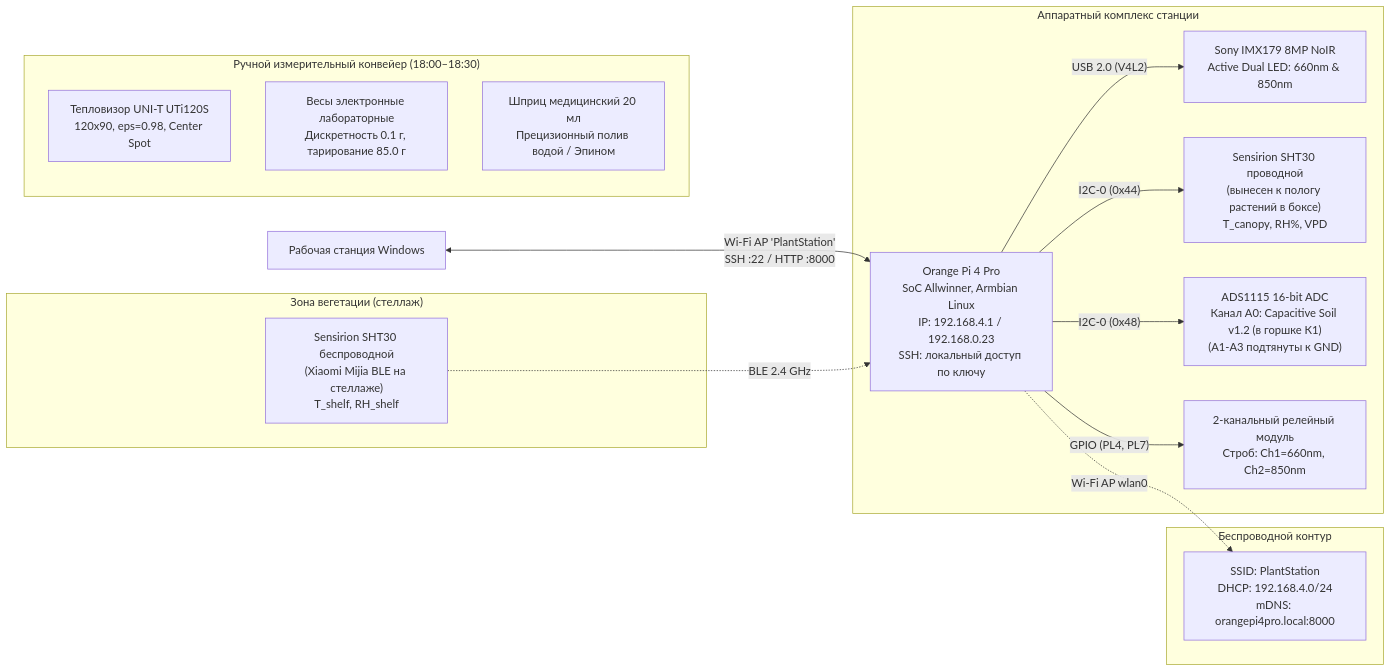
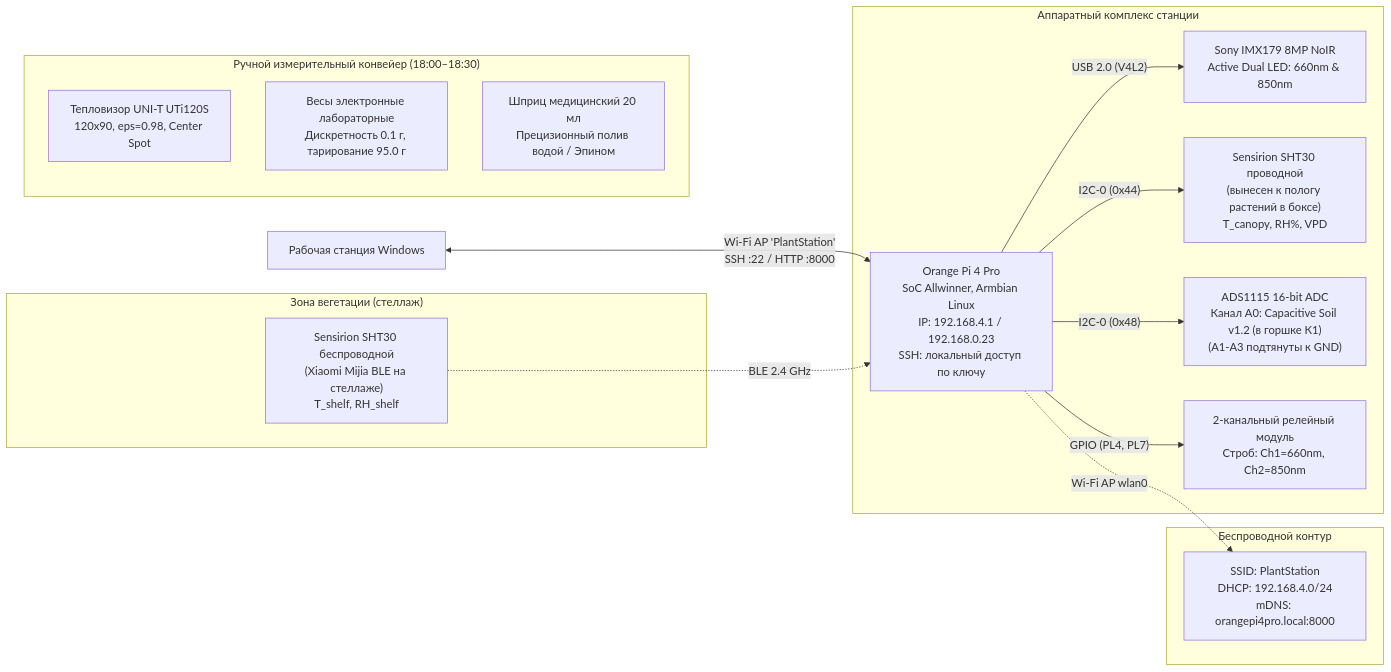
One commit to ezicvtumane/plant-stress-ndvi changed the diagram in docs/wave2/HANDOFF_WAVE2.md. Above: the diagram before and after it, drawn with Mermaid. The commit also changed other lines of this file and 19 other files, not shown here.

````diff
--- a/docs/wave2/HANDOFF_WAVE2.md
+++ b/docs/wave2/HANDOFF_WAVE2.md
@@ -48,25 +48,25 @@
 ```mermaid
 flowchart LR
     PC["Рабочая станция Windows"] <-->|"Wi-Fi AP 'PlantStation'<br>SSH :22 / HTTP :8000"| OPi["Orange Pi 4 Pro<br>SoC Allwinner, Armbian Linux<br>IP: 192.168.4.1 / 192.168.0.23<br>SSH: локальный доступ по ключу"]
     
     subgraph OPi_Peripherals["Аппаратный комплекс станции"]
         OPi -->|"USB 2.0 (V4L2)"| CAM["Sony IMX179 8MP NoIR<br>Active Dual LED: 660nm & 850nm"]
         OPi -->|"I2C-0 (0x44)"| SHT_CANOPY["Sensirion SHT30 проводной<br>(вынесен к пологу растений в боксе)<br>T_canopy, RH%, VPD"]
         OPi -->|"I2C-0 (0x48)"| ADC["ADS1115 16-bit ADC<br>Канал A0: Capacitive Soil v1.2 (в горшке К1)<br>(A1-A3 подтянуты к GND)"]
         OPi -->|"GPIO (PL4, PL7)"| RELAY["2-канальный релейный модуль<br>Строб: Ch1=660nm, Ch2=850nm"]
     end
 
     subgraph Shelf_Zone["Зона вегетации (стеллаж)"]
         SHT_SHELF["Sensirion SHT30 беспроводной<br>(Xiaomi Mijia BLE на стеллаже)<br>T_shelf, RH_shelf"] -.->|"BLE 2.4 GHz"| OPi
     end
 
     subgraph Mobile_AP["Беспроводной контур"]
         OPi -.->|"Wi-Fi AP wlan0"| AP["SSID: PlantStation<br>DHCP: 192.168.4.0/24<br>mDNS: orangepi4pro.local:8000"]
     end
 
     subgraph Operator_Hardware["Ручной измерительный конвейер (18:00–18:30)"]
         LWIR["Тепловизор UNI-T UTi120S<br>120x90, eps=0.98, Center Spot"]
-        SCALE["Весы электронные лабораторные<br>Дискретность 0.1 г, тарирование 85.0 г"]
+        SCALE["Весы электронные лабораторные<br>Дискретность 0.1 г, тарирование 95.0 г"]
         SYRINGE["Шприц медицинский 20 мл<br>Прецизионный полив водой / Эпином"]
     end
 ```
````
